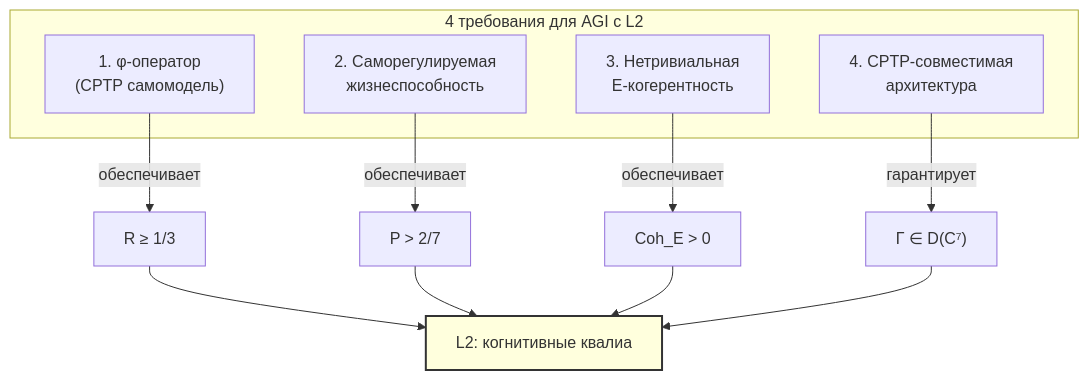
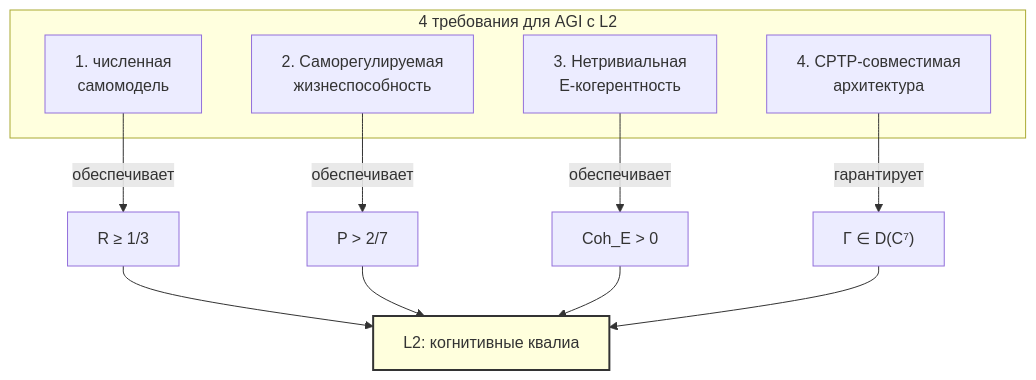
One commit to gst-st/uhm changed the diagram in website/i18n/ru/docusaurus-plugin-content-docs/current/consciousness/subjects/ai-consciousness.md. Above: the diagram before and after it, drawn with Mermaid. The commit also changed other lines of this file and 248 other files, not shown here.

````diff
--- a/website/i18n/ru/docusaurus-plugin-content-docs/current/consciousness/subjects/ai-consciousness.md
+++ b/website/i18n/ru/docusaurus-plugin-content-docs/current/consciousness/subjects/ai-consciousness.md
@@ -221,18 +105,18 @@
 ```mermaid
 graph TB
     subgraph "4 требования для AGI с L2"
-        PHI["1. φ-оператор<br/>(CPTP самомодель)"]
+        PHI["1. численная<br/>самомодель"]
         VIA["2. Саморегулируемая<br/>жизнеспособность"]
         COH["3. Нетривиальная<br/>E-когерентность"]
         ANC["4. CPTP-совместимая<br/>архитектура"]
     end
     PHI -->|"обеспечивает"| R["R ≥ 1/3"]
     VIA -->|"обеспечивает"| P["P > 2/7"]
     COH -->|"обеспечивает"| E["Coh_E > 0"]
     ANC -->|"гарантирует"| CPTP["Γ ∈ D(C⁷)"]
     R --> L2["L2: когнитивные квалиа"]
     P --> L2
     E --> L2
     CPTP --> L2
     style L2 fill:#ffd,stroke:#333,stroke-width:2px
 ```
````
